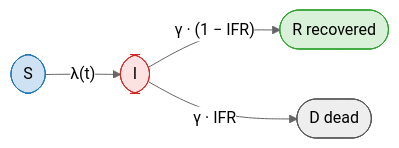
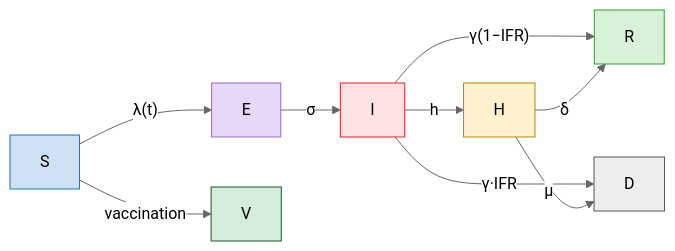
The sixth of 7 diagrams in assets/presentations/intro_idm_for_survival.qmd (tasnim-mafiz/lorentz_center_workshop), drawn with Mermaid (neutral theme) before and after one commit. The commit also changed other lines of this file, not shown here.

````diff
--- a/assets/presentations/intro_idm_for_survival.qmd
+++ b/assets/presentations/intro_idm_for_survival.qmd
@@ -773,11 +782,19 @@
 ```{mermaid}
-%%| fig-width: 9
+%%| fig-width: 11
 flowchart LR
-  S(["S"]):::s -->|"λ(t)"| I(["I"]):::i
-  I -->|"γ · (1 − IFR)"| R(["R  recovered"]):::r
-  I -->|"γ · IFR"| D(["D  dead"]):::d
+  S:::s -->|"λ(t)"| E:::e
+  E -->|"σ"| I:::i
+  I -->|"γ(1−IFR)"| R:::r
+  I -->|"γ·IFR"| D:::d
+  I -->|"h"| H:::h
+  H -->|"δ"| R
+  H -->|"μ"| D
+  S -->|"vaccination"| V:::v
   classDef s fill:#cfe2f3,stroke:#1f77b4
+  classDef e fill:#e8d8f7,stroke:#9467bd
   classDef i fill:#fde2e2,stroke:#d62728
   classDef r fill:#d9f1d9,stroke:#2ca02c
   classDef d fill:#eeeeee,stroke:#555
+  classDef h fill:#fff2cc,stroke:#b58900
+  classDef v fill:#d4edda,stroke:#155724
 ```
````
